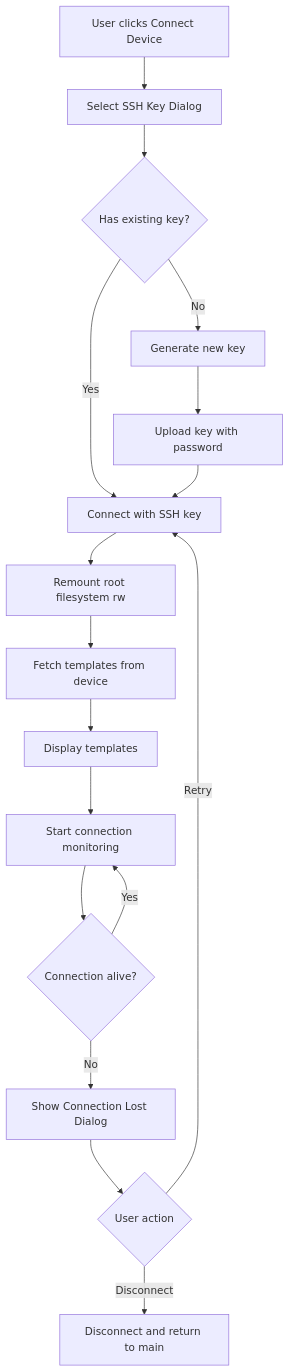
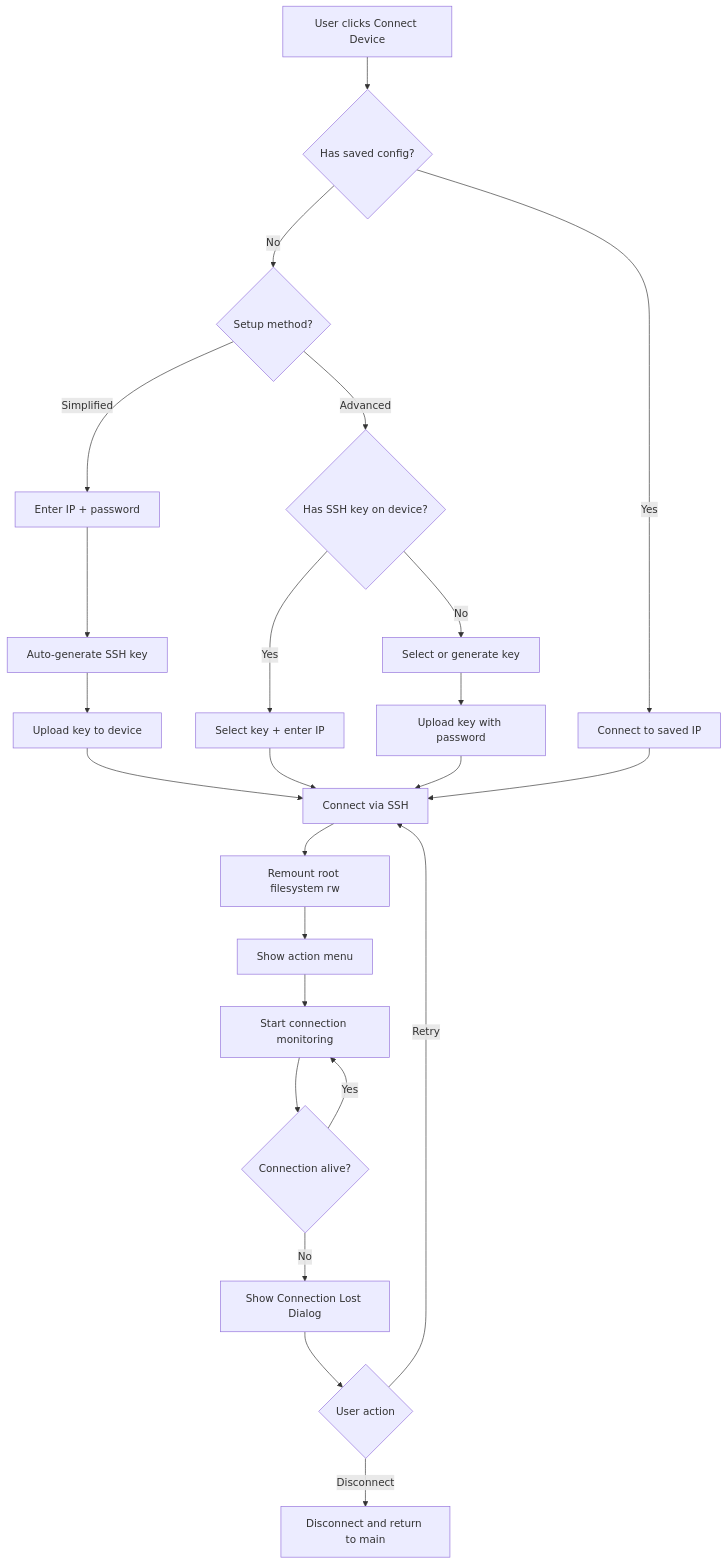
One commit to TheBabaYaga/remarkable-template-manager changed the first of 4 diagrams in README.md. Above: the diagram before and after it, drawn with Mermaid. The commit also changed other lines of this file and 22 other files, not shown here.

````diff
--- a/README.md
+++ b/README.md
@@ -312,19 +339,26 @@
 ```mermaid
 flowchart TD
-    Start[User clicks Connect Device] --> SelectKey[Select SSH Key Dialog]
-    SelectKey --> HasKey{Has existing key?}
-    HasKey -->|Yes| Connect[Connect with SSH key]
-    HasKey -->|No| Generate[Generate new key]
-    Generate --> Upload[Upload key with password]
-    Upload --> Connect
+    Start[User clicks Connect Device] --> HasConfig{Has saved config?}
+    HasConfig -->|Yes| Reconnect[Connect to saved IP]
+    HasConfig -->|No| SetupChoice{Setup method?}
+    SetupChoice -->|Simplified| EnterCreds[Enter IP + password]
+    EnterCreds --> AutoGen[Auto-generate SSH key]
+    AutoGen --> UploadKey[Upload key to device]
+    UploadKey --> Connect[Connect via SSH]
+    SetupChoice -->|Advanced| HasSSHKey{Has SSH key on device?}
+    HasSSHKey -->|Yes| SelectKey[Select key + enter IP]
+    SelectKey --> Connect
+    HasSSHKey -->|No| PickKey[Select or generate key]
+    PickKey --> UploadAdv[Upload key with password]
+    UploadAdv --> Connect
+    Reconnect --> Connect
     Connect --> Remount[Remount root filesystem rw]
-    Remount --> Fetch[Fetch templates from device]
-    Fetch --> Display[Display templates]
-    Display --> Monitor[Start connection monitoring]
+    Remount --> ActionMenu[Show action menu]
+    ActionMenu --> Monitor[Start connection monitoring]
     Monitor --> Check{Connection alive?}
     Check -->|Yes| Monitor
     Check -->|No| ShowDialog[Show Connection Lost Dialog]
     ShowDialog --> Retry{User action}
     Retry -->|Retry| Connect
     Retry -->|Disconnect| Disconnect[Disconnect and return to main]
 ```
````
